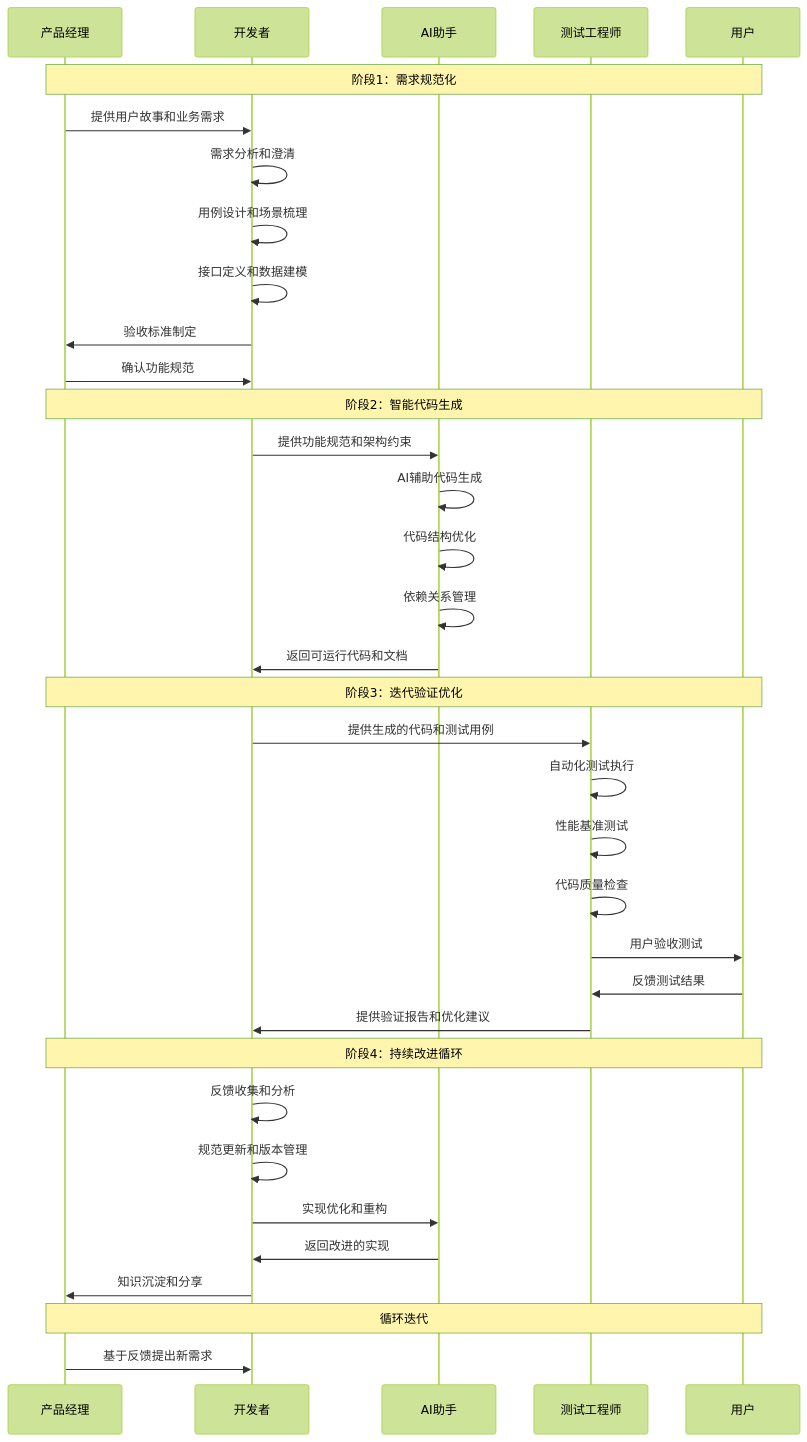
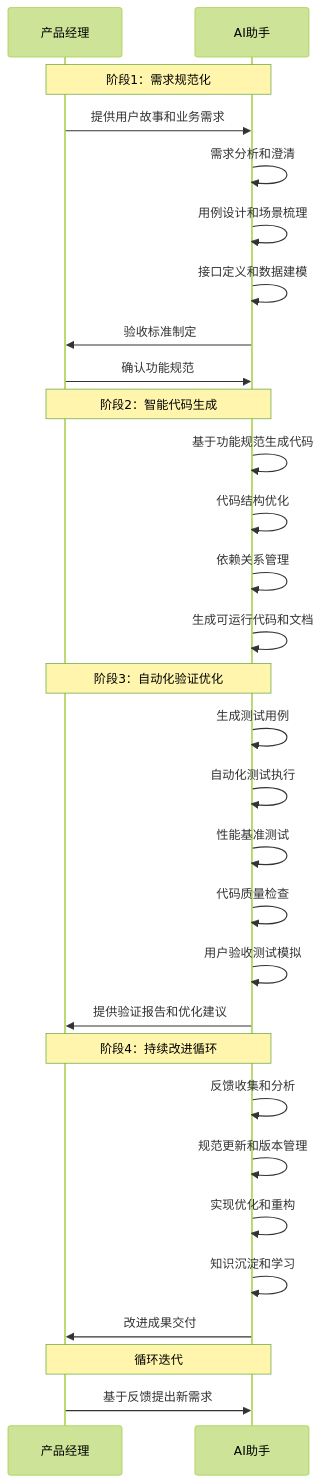
Before and after one commit to Coldplay-now/Spec_driven_development_QuickStart: the diagram in content/第1章 SDD的思想.md, drawn with Mermaid (forest theme).

Commit message:
优化时序图：简化为产品经理与AI协作模式

````diff
--- a/content/第1章 SDD的思想.md
+++ b/content/第1章 SDD的思想.md
@@ -148,42 +148,37 @@
 ```mermaid
 sequenceDiagram
     participant PM as 产品经理
-    participant Dev as 开发者
     participant AI as AI助手
-    participant QA as 测试工程师
-    participant User as 用户
     
-    Note over PM,User: 阶段1：需求规范化
-    PM->>Dev: 提供用户故事和业务需求
-    Dev->>Dev: 需求分析和澄清
-    Dev->>Dev: 用例设计和场景梳理
-    Dev->>Dev: 接口定义和数据建模
-    Dev->>PM: 验收标准制定
-    PM->>Dev: 确认功能规范
+    Note over PM,AI: 阶段1：需求规范化
+    PM->>AI: 提供用户故事和业务需求
+    AI->>AI: 需求分析和澄清
+    AI->>AI: 用例设计和场景梳理
+    AI->>AI: 接口定义和数据建模
+    AI->>PM: 验收标准制定
+    PM->>AI: 确认功能规范
     
-    Note over PM,User: 阶段2：智能代码生成
-    Dev->>AI: 提供功能规范和架构约束
-    AI->>AI: AI辅助代码生成
+    Note over PM,AI: 阶段2：智能代码生成
+    AI->>AI: 基于功能规范生成代码
     AI->>AI: 代码结构优化
     AI->>AI: 依赖关系管理
-    AI->>Dev: 返回可运行代码和文档
+    AI->>AI: 生成可运行代码和文档
     
-    Note over PM,User: 阶段3：迭代验证优化
-    Dev->>QA: 提供生成的代码和测试用例
-    QA->>QA: 自动化测试执行
-    QA->>QA: 性能基准测试
-    QA->>QA: 代码质量检查
-    QA->>User: 用户验收测试
-    User->>QA: 反馈测试结果
-    QA->>Dev: 提供验证报告和优化建议
+    Note over PM,AI: 阶段3：自动化验证优化
+    AI->>AI: 生成测试用例
+    AI->>AI: 自动化测试执行
+    AI->>AI: 性能基准测试
+    AI->>AI: 代码质量检查
+    AI->>AI: 用户验收测试模拟
+    AI->>PM: 提供验证报告和优化建议
     
-    Note over PM,User: 阶段4：持续改进循环
-    Dev->>Dev: 反馈收集和分析
-    Dev->>Dev: 规范更新和版本管理
-    Dev->>AI: 实现优化和重构
-    AI->>Dev: 返回改进的实现
-    Dev->>PM: 知识沉淀和分享
+    Note over PM,AI: 阶段4：持续改进循环
+    AI->>AI: 反馈收集和分析
+    AI->>AI: 规范更新和版本管理
+    AI->>AI: 实现优化和重构
+    AI->>AI: 知识沉淀和学习
+    AI->>PM: 改进成果交付
     
-    Note over PM,User: 循环迭代
-    PM->>Dev: 基于反馈提出新需求
+    Note over PM,AI: 循环迭代
+    PM->>AI: 基于反馈提出新需求
 ```
````
